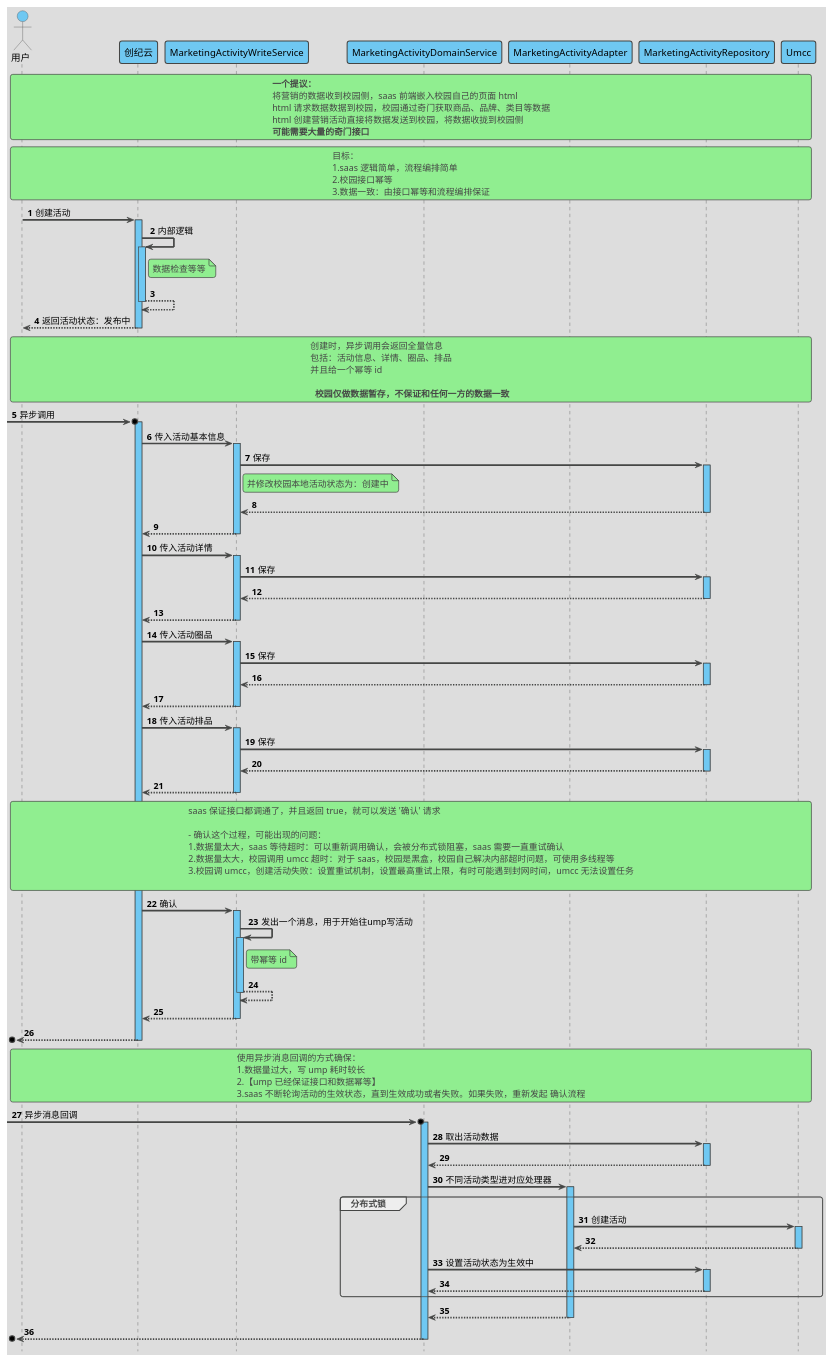
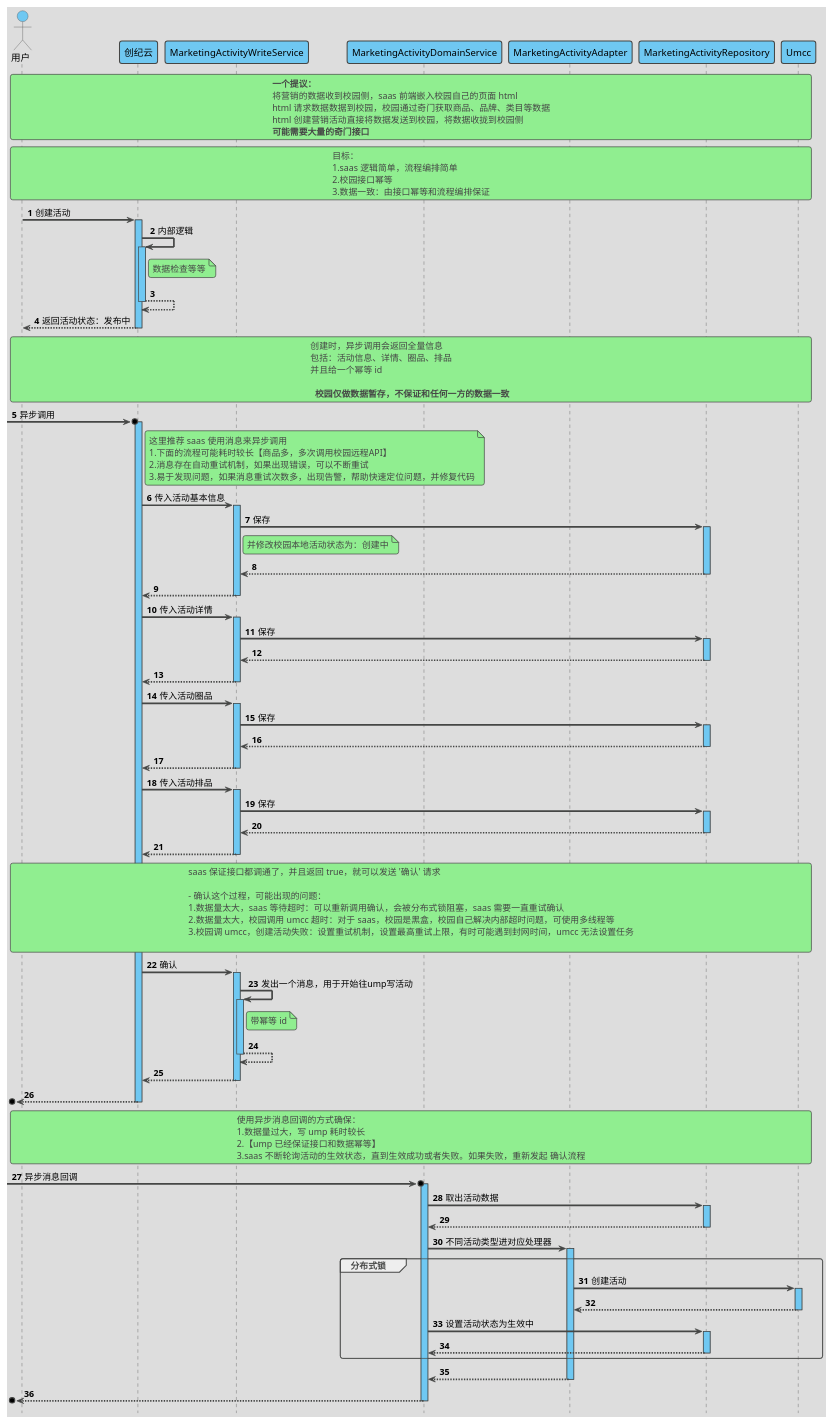
One commit to xauvlove/uml changed the diagram in src/main/resource/天猫校园/营销/基本框架/创建活动.puml. Above: the diagram before and after it, drawn with PlantUML.

```diff
--- a/src/main/resource/天猫校园/营销/基本框架/创建活动.puml
+++ b/src/main/resource/天猫校园/营销/基本框架/创建活动.puml
@@ -1,140 +1,146 @@
 @startuml
 
 'https://plantuml.com/sequence-diagram
 
 '隐藏脚注
 hide footbox
 
 '使用 toy 主题
 !theme toy
 
 '自动激活
 autoActivate on
 
 '编号
 autonumber 1
 
 '隐藏孤立的参与者
 hide unlinked
 
 '文字对齐，向左对齐
 skinparam sequenceMessageAlign left
 
 '箭头粗度
 skinparam sequenceArrowThickness 2.5
 
 ' 皮肤
 skinparam sequence {
     LifeLineBackgroundColor #6FC8F2
     ParticipantBackgroundColor #6FC8F2
     ParticipantFontColor black
     ActorBackgroundColor #6FC8F2
     ActorFontColor black
 }
 
 actor 用户 as user
 participant 创纪云 as saas
 participant MarketingActivityWriteService as MarketingActivityWriteService
 participant MarketingActivityDomainService as MarketingActivityDomainService
 participant MarketingActivityAdapter as MarketingActivityAdapter
 participant MarketingActivityRepository as MarketingActivityRepository
 participant Umcc as Umcc
 
 rnote across
     **一个提议：**
     将营销的数据收到校园侧，saas 前端嵌入校园自己的页面 html
     html 请求数据数据到校园，校园通过奇门获取商品、品牌、类目等数据
     html 创建营销活动直接将数据发送到校园，将数据收拢到校园侧
     **可能需要大量的奇门接口**
 end note
 
 rnote across
     目标：
     1.saas 逻辑简单，流程编排简单
     2.校园接口幂等
     3.数据一致：由接口幂等和流程编排保证
 end note
 
 user -> saas : 创建活动
 
 saas -> saas : 内部逻辑
 note right of saas
     数据检查等等
 end note
 return
 return 返回活动状态：发布中
 
 rnote across
     创建时，异步调用会返回全量信息
     包括：活动信息、详情、圈品、排品
     并且给一个幂等 id
 
      ** 校园仅做数据暂存，不保证和任何一方的数据一致 **
 end note
 
 ->o saas : 异步调用
+note right of saas
+     这里推荐 saas 使用消息来异步调用
+     1.下面的流程可能耗时较长【商品多，多次调用校园远程API】
+     2.消息存在自动重试机制，如果出现错误，可以不断重试
+     3.易于发现问题，如果消息重试次数多，出现告警，帮助快速定位问题，并修复代码
+end note
 
 saas -> MarketingActivityWriteService : 传入活动基本信息
 
 MarketingActivityWriteService -> MarketingActivityRepository : 保存
 note right of MarketingActivityWriteService
     并修改校园本地活动状态为：创建中
 end note
 return
 return
 
 saas -> MarketingActivityWriteService : 传入活动详情
 MarketingActivityWriteService -> MarketingActivityRepository : 保存
 return
 return
 
 saas -> MarketingActivityWriteService : 传入活动圈品
 MarketingActivityWriteService -> MarketingActivityRepository : 保存
 return
 return
 
 saas -> MarketingActivityWriteService : 传入活动排品
 MarketingActivityWriteService -> MarketingActivityRepository : 保存
 return
 return
 
 rnote across
     saas 保证接口都调通了，并且返回 true，就可以发送 '确认' 请求
 
     - 确认这个过程，可能出现的问题：
     1.数据量太大，saas 等待超时：可以重新调用确认，会被分布式锁阻塞，saas 需要一直重试确认
     2.数据量太大，校园调用 umcc 超时：对于 saas，校园是黑盒，校园自己解决内部超时问题，可使用多线程等
     3.校园调 umcc，创建活动失败：设置重试机制，设置最高重试上限，有时可能遇到封网时间，umcc 无法设置任务
 
 end note
 saas -> MarketingActivityWriteService : 确认
 MarketingActivityWriteService -> MarketingActivityWriteService : 发出一个消息，用于开始往ump写活动
 note right of MarketingActivityWriteService
     带幂等 id
 end note
 return
 return
 return
 
 rnote across
     使用异步消息回调的方式确保：
     1.数据量过大，写 ump 耗时较长
     2.【ump 已经保证接口和数据幂等】
     3.saas 不断轮询活动的生效状态，直到生效成功或者失败。如果失败，重新发起 确认流程
 end note
 ->o MarketingActivityDomainService : 异步消息回调
 MarketingActivityDomainService -> MarketingActivityRepository : 取出活动数据
 return
 
 MarketingActivityDomainService -> MarketingActivityAdapter : 不同活动类型进对应处理器
 
 group 分布式锁
     MarketingActivityAdapter -> Umcc : 创建活动
     return
     MarketingActivityDomainService -> MarketingActivityRepository : 设置活动状态为生效中
     return
 end group
 return
 return
 
 @enduml
```
